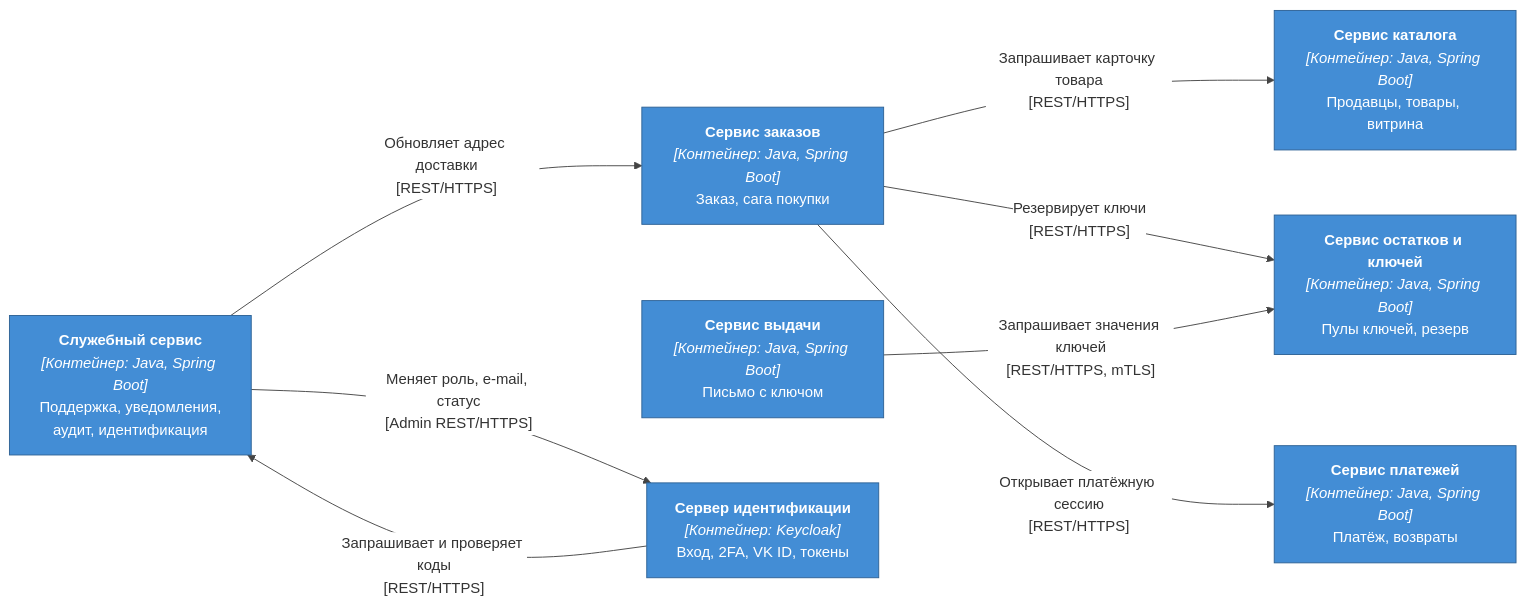
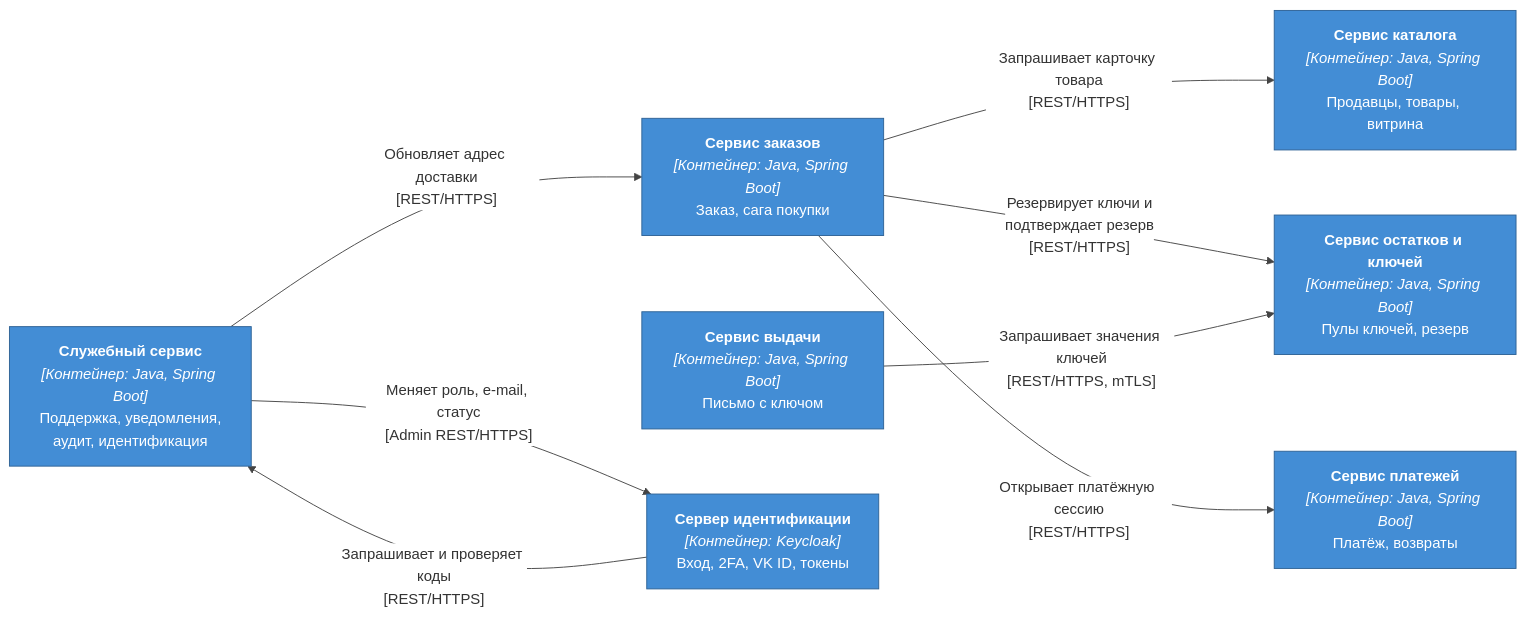
One commit to Lapin143/digital-goods-marketplace changed the second of 9 diagrams in docs/05-architecture/c4-containers.md. Above: the diagram before and after it, drawn with Mermaid. The commit also changed other lines of this file and 5 other files, not shown here.

````diff
--- a/docs/05-architecture/c4-containers.md
+++ b/docs/05-architecture/c4-containers.md
@@ -92,22 +92,22 @@
 ```mermaid
 %%{init: {"theme":"base","themeVariables":{"edgeLabelBackground":"#ffffff","lineColor":"#444444"},"flowchart": {"nodeSpacing": 70, "rankSpacing": 220, "curve": "basis"}}}%%
 flowchart LR
     order-service["<b>Сервис заказов</b><br/><i>[Контейнер: Java, Spring Boot]</i><br/>Заказ, сага покупки"]
     catalog-service["<b>Сервис каталога</b><br/><i>[Контейнер: Java, Spring Boot]</i><br/>Продавцы, товары, витрина"]
     inventory-service["<b>Сервис остатков и ключей</b><br/><i>[Контейнер: Java, Spring Boot]</i><br/>Пулы ключей, резерв"]
     payment-service["<b>Сервис платежей</b><br/><i>[Контейнер: Java, Spring Boot]</i><br/>Платёж, возвраты"]
     delivery-service["<b>Сервис выдачи</b><br/><i>[Контейнер: Java, Spring Boot]</i><br/>Письмо с ключом"]
     platform-service["<b>Служебный сервис</b><br/><i>[Контейнер: Java, Spring Boot]</i><br/>Поддержка, уведомления,<br/>аудит, идентификация"]
     keycloak["<b>Сервер идентификации</b><br/><i>[Контейнер: Keycloak]</i><br/>Вход, 2FA, VK ID, токены"]
 
     order-service -->|"Запрашивает карточку товара<br/>[REST/HTTPS]"| catalog-service
-    order-service -->|"Резервирует ключи<br/>[REST/HTTPS]"| inventory-service
+    order-service -->|"Резервирует ключи и<br/>подтверждает резерв<br/>[REST/HTTPS]"| inventory-service
     order-service -->|"Открывает платёжную сессию<br/>[REST/HTTPS]"| payment-service
     delivery-service -->|"Запрашивает значения ключей<br/>[REST/HTTPS, mTLS]"| inventory-service
     platform-service -->|"Обновляет адрес доставки<br/>[REST/HTTPS]"| order-service
     platform-service -->|"Меняет роль, e-mail, статус<br/>[Admin REST/HTTPS]"| keycloak
     keycloak -->|"Запрашивает и проверяет коды<br/>[REST/HTTPS]"| platform-service
 
     classDef container fill:#438dd5,stroke:#2e6295,color:#ffffff
     class order-service,catalog-service,inventory-service,payment-service,delivery-service,platform-service,keycloak container
 ```
````
